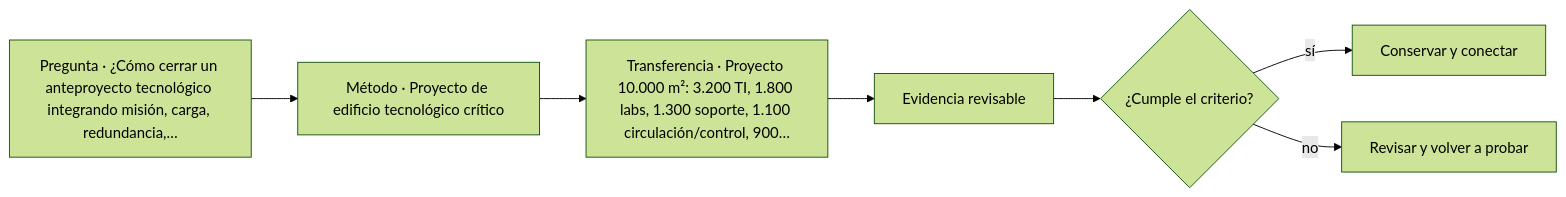
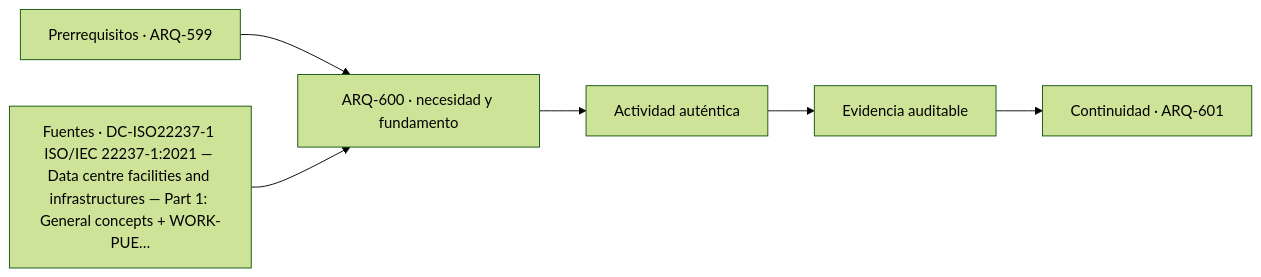
One commit to vladimiracunadev-create/architecture-built-environment-learning-program changed the diagram in classes/parte-60/ARQ-600.md. Above: the diagram before and after it, drawn with Mermaid (forest theme). The commit also changed other lines of this file and 761 other files, not shown here.

````diff
--- a/classes/parte-60/ARQ-600.md
+++ b/classes/parte-60/ARQ-600.md
@@ -93,9 +105,8 @@
 ```mermaid
 flowchart LR
-    Q["Pregunta · ¿Cómo cerrar un anteproyecto tecnológico integrando misión, carga, redundancia,…"] --> M["Método · Proyecto de edificio tecnológico crítico"]
-    M --> P["Transferencia · Proyecto 10.000 m²: 3.200 TI, 1.800 labs, 1.300 soporte, 1.100 circulación/control, 900…"]
-    P --> E["Evidencia revisable"]
-    E --> C{"¿Cumple el criterio?"}
-    C -->|sí| T["Conservar y conectar"]
-    C -->|no| R["Revisar y volver a probar"]
+    A["Prerrequisitos · ARQ-599"] --> B["ARQ-600 · necesidad y fundamento"]
+    S["Fuentes · DC-ISO22237-1 ISO/IEC 22237-1:2021 — Data centre facilities and infrastructures — Part 1: General concepts + WORK-PUE…"] --> B
+    B --> C["Actividad auténtica"]
+    C --> D["Evidencia auditable"]
+    D --> E["Continuidad · ARQ-601"]
 ```
````
